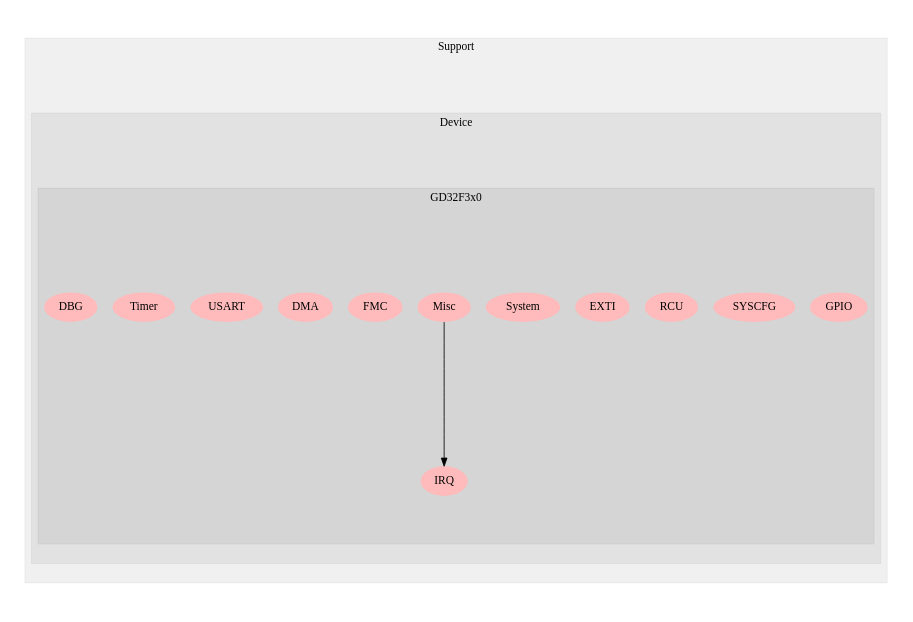
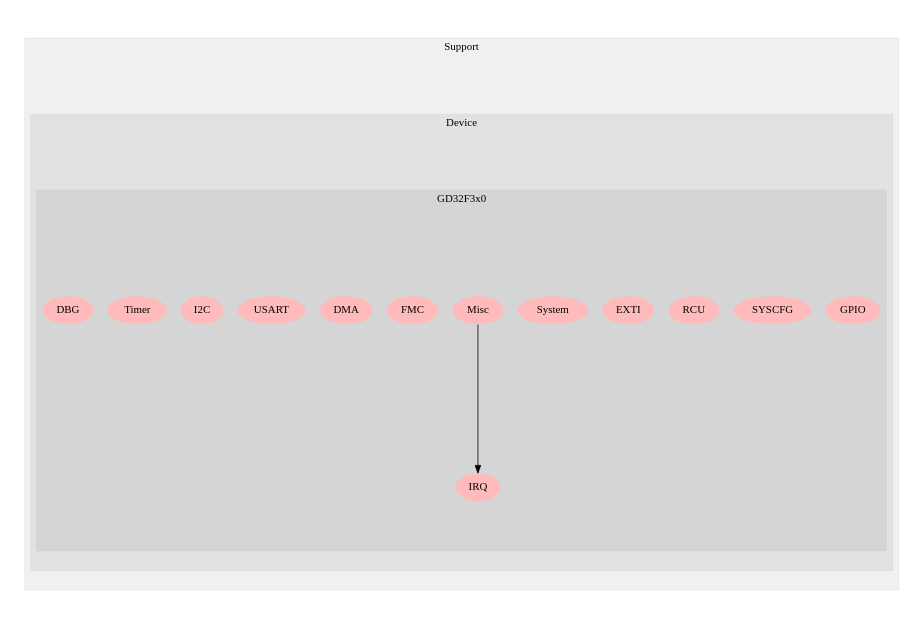
The diagram in graph/src/Support/Device/GD32F3x0.dot (gev/reacthome-firmware), drawn with Graphviz before and after one commit. The commit also changed 27 other files, not shown here.

Commit message:
update the modules dependencies graph

```diff
--- a/graph/src/Support/Device/GD32F3x0.dot
+++ b/graph/src/Support/Device/GD32F3x0.dot
@@ -1,36 +1,37 @@
 digraph G {
 size="6,4";
 ratio="fill";
 subgraph cluster_0 {
 label="Support";
 color="#0000000F";
 style="filled";
 subgraph cluster_1 {
 label="Device";
 color="#0000000F";
 style="filled";
 subgraph cluster_2 {
 label="GD32F3x0";
 color="#0000000F";
 style="filled";
 u0[label="GPIO",style="filled",fillcolor="#ffbbbb",penwidth="0"];
 u1[label="SYSCFG",style="filled",fillcolor="#ffbbbb",penwidth="0"];
 u2[label="RCU",style="filled",fillcolor="#ffbbbb",penwidth="0"];
 u3[label="EXTI",style="filled",fillcolor="#ffbbbb",penwidth="0"];
 u4[label="System",style="filled",fillcolor="#ffbbbb",penwidth="0"];
 u5[label="Misc",style="filled",fillcolor="#ffbbbb",penwidth="0"];
 u6[label="IRQ",style="filled",fillcolor="#ffbbbb",penwidth="0"];
 u7[label="FMC",style="filled",fillcolor="#ffbbbb",penwidth="0"];
 u8[label="DMA",style="filled",fillcolor="#ffbbbb",penwidth="0"];
 u9[label="USART",style="filled",fillcolor="#ffbbbb",penwidth="0"];
-u10[label="Timer",style="filled",fillcolor="#ffbbbb",penwidth="0"];
-u11[label="DBG",style="filled",fillcolor="#ffbbbb",penwidth="0"];
+u10[label="I2C",style="filled",fillcolor="#ffbbbb",penwidth="0"];
+u11[label="Timer",style="filled",fillcolor="#ffbbbb",penwidth="0"];
+u12[label="DBG",style="filled",fillcolor="#ffbbbb",penwidth="0"];
 
 }
 
 }
 
 }
 u5 -> u6;
 
 }
```
